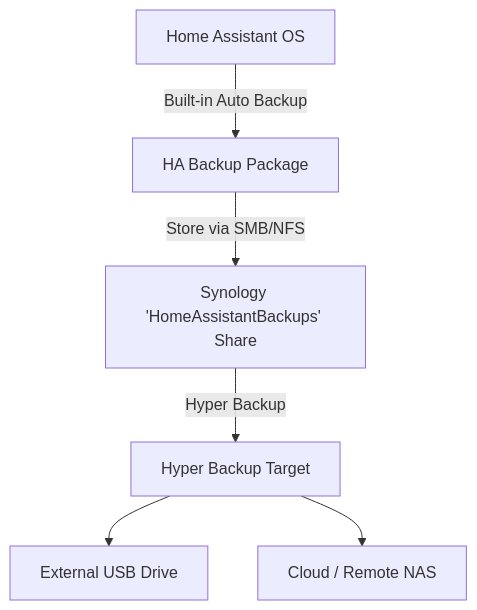
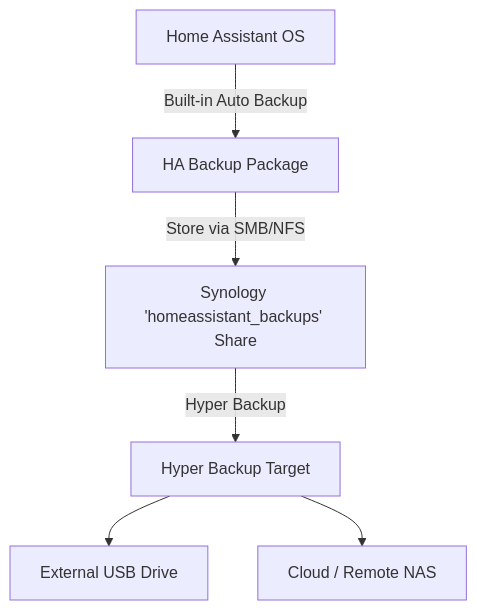
Before and after one commit to Rhod3/homelab: the second of 3 diagrams in docs/storage-strategy.md, drawn with Mermaid. The commit also changed other lines of this file and 4 other files, not shown here.

````diff
--- a/docs/storage-strategy.md
+++ b/docs/storage-strategy.md
@@ -44,8 +44,8 @@
 ```mermaid
 flowchart TD
     HA[Home Assistant OS] -->|Built-in Auto Backup| HABackup[HA Backup Package]
-    HABackup -->|Store via SMB/NFS| SynologyShare[Synology 'HomeAssistantBackups' Share]
+    HABackup -->|Store via SMB/NFS| SynologyShare[Synology 'homeassistant_backups' Share]
     SynologyShare -->|Hyper Backup| Dest[Hyper Backup Target]
     Dest --> USB[External USB Drive]
     Dest --> Offsite[Cloud / Remote NAS]
 ```
````
